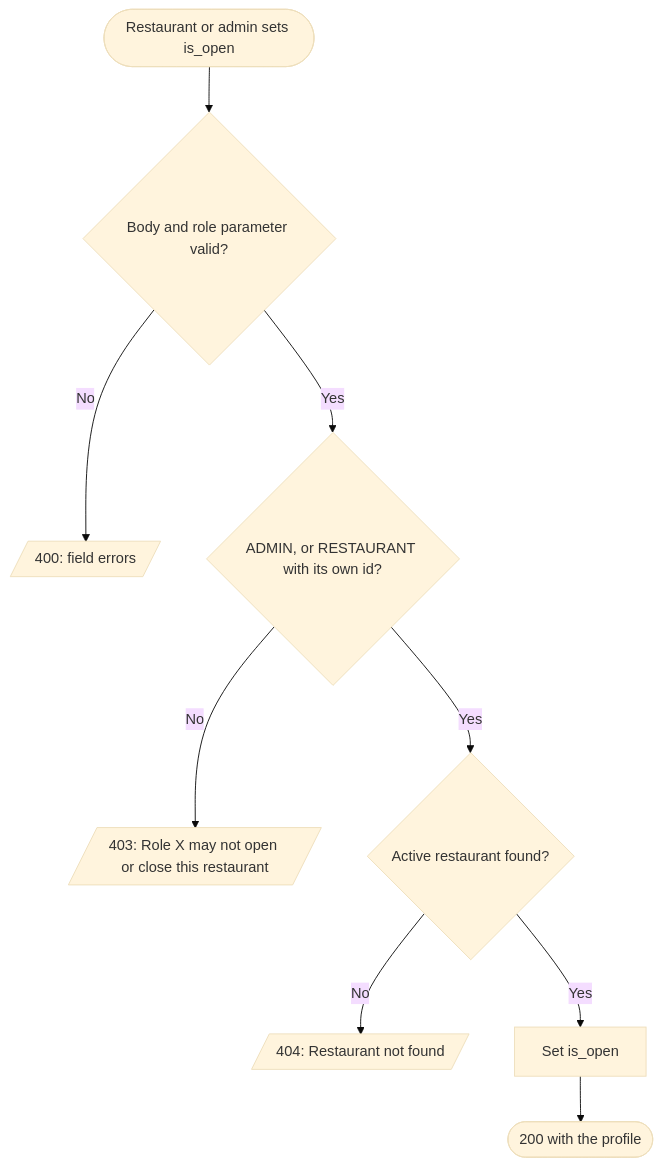
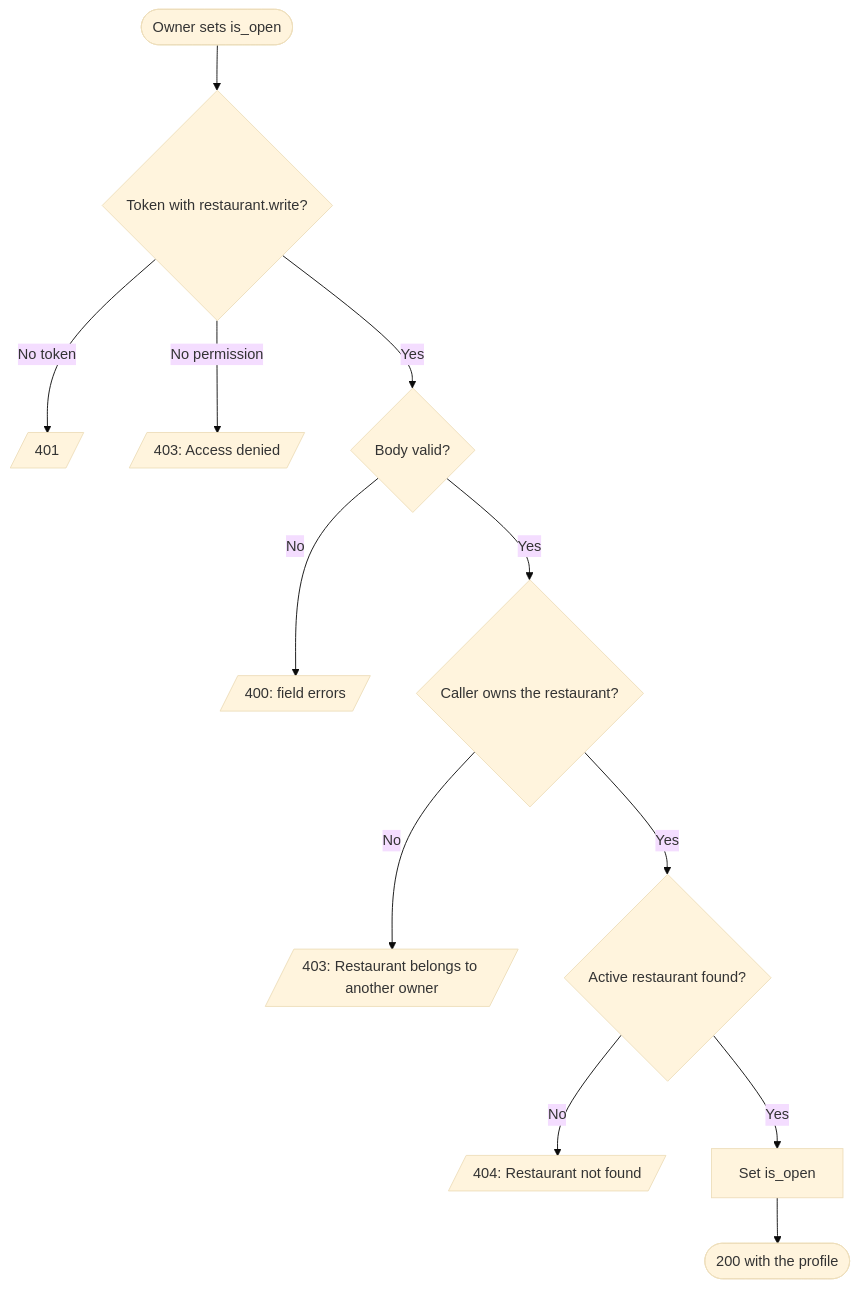
The first of 2 diagrams in restaurant/.docs/use-cases/restaurant-management/set-restaurant-open/set-restaurant-open.md (msmohammed0077-cmd/mentorship-restaurant), drawn with Mermaid (base theme) before and after one commit. The commit also changed other lines of this file and 27 other files, not shown here.

````diff
--- a/restaurant/.docs/use-cases/restaurant-management/set-restaurant-open/set-restaurant-open.md
+++ b/restaurant/.docs/use-cases/restaurant-management/set-restaurant-open/set-restaurant-open.md
@@ -98,11 +102,14 @@
 ```mermaid
 flowchart TD
-    Start([Restaurant or admin sets is_open]) --> Valid{Body and role parameter valid?}
+    Start([Owner sets is_open]) --> Token{Token with restaurant.write?}
+    Token -- No token --> R401[/401/]
+    Token -- No permission --> R403P[/403: Access denied/]
+    Token -- Yes --> Valid{Body valid?}
     Valid -- No --> R400[/400: field errors/]
-    Valid -- Yes --> May{ADMIN, or RESTAURANT with its own id?}
-    May -- No --> R403[/403: Role X may not open or close this restaurant/]
-    May -- Yes --> Found{Active restaurant found?}
+    Valid -- Yes --> Owns{Caller owns the restaurant?}
+    Owns -- No --> R403O[/403: Restaurant belongs to another owner/]
+    Owns -- Yes --> Found{Active restaurant found?}
     Found -- No --> R404[/404: Restaurant not found/]
     Found -- Yes --> Set[Set is_open]
     Set --> Done([200 with the profile])
 ```
````
